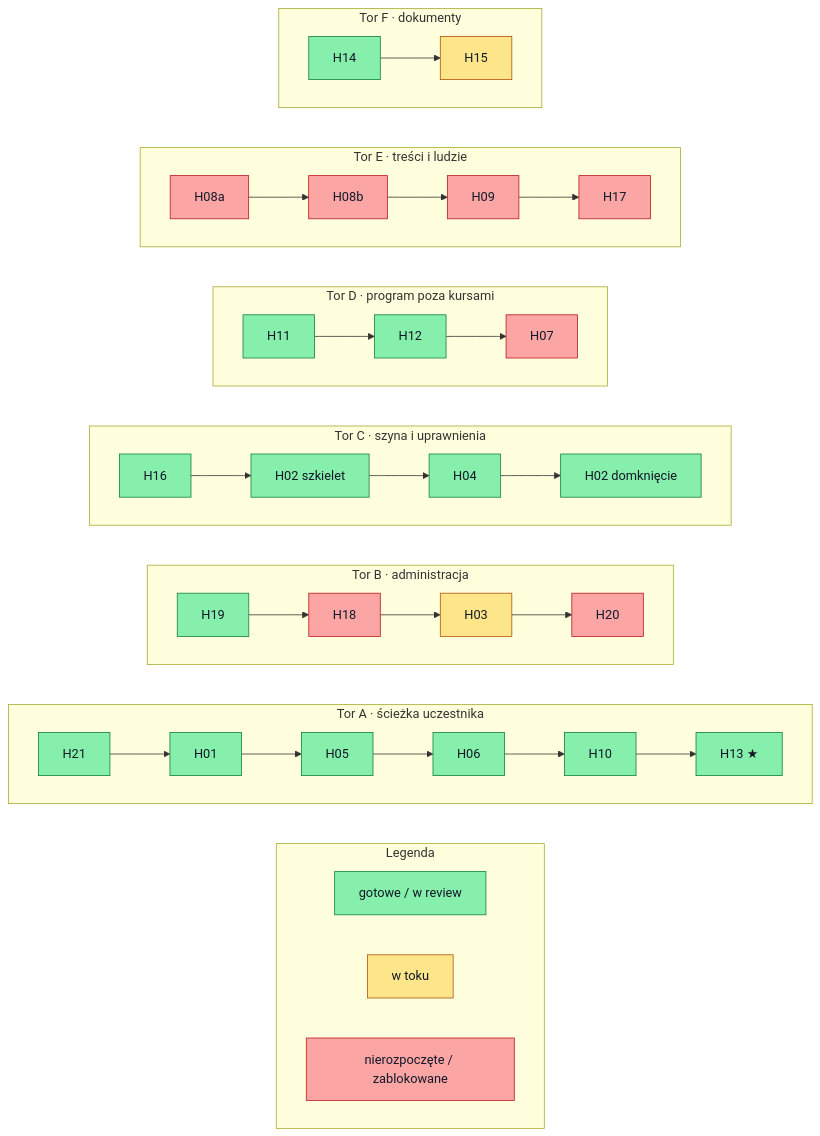
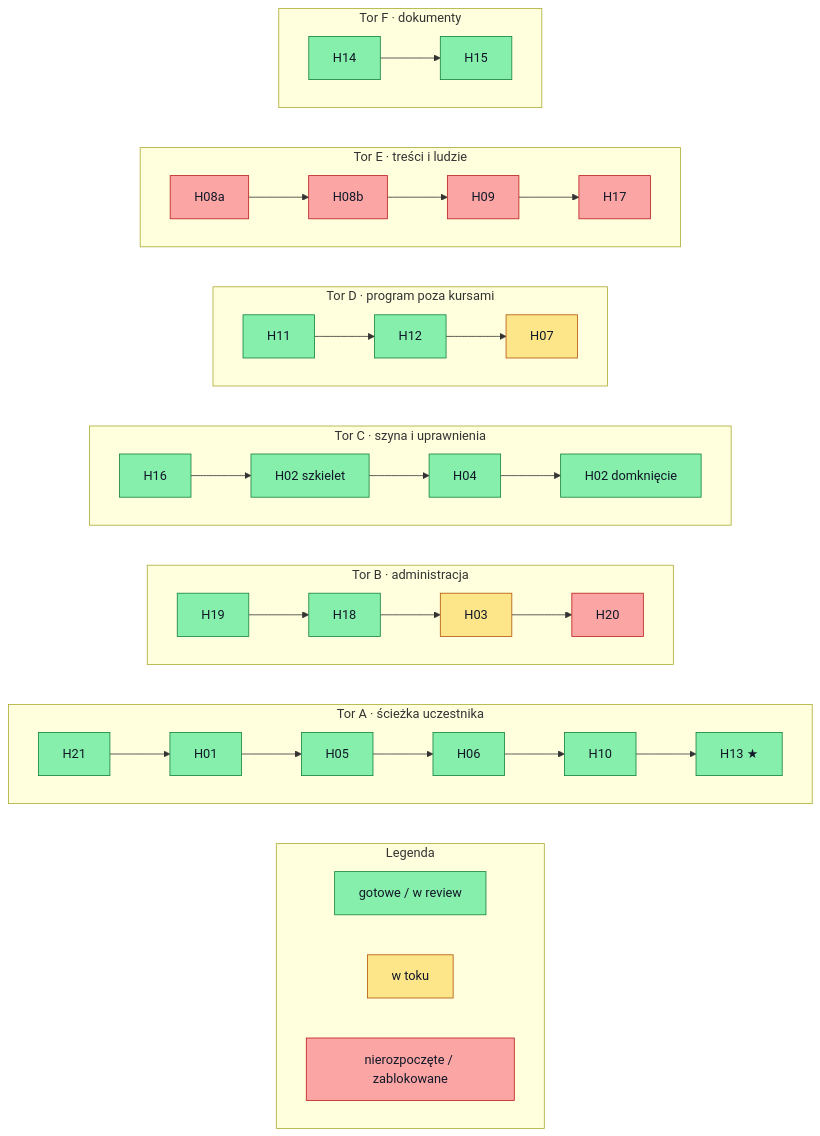
Before and after one commit to tomekwilczak/psychon-hackaton: the fourth of 5 diagrams in docs/hackathon/05-zaleznosci-pakietow.md, drawn with Mermaid. The commit also changed other lines of this file, not shown here.

Commit message:
docs(hackathon): refresh track-diagram status colors
H18 and H15 moved to REVIEW, H07 to W TOKU since the diagram was
last colored — update section 6.1 to match the coordination board.

Claude-Session: https://claude.ai/code/session_01HniybPsaUW4h39Cz6p4Xud

````diff
--- a/docs/hackathon/05-zaleznosci-pakietow.md
+++ b/docs/hackathon/05-zaleznosci-pakietow.md
@@ -227,37 +227,37 @@
 ```mermaid
 flowchart LR
   classDef done fill:#86efac,stroke:#15803d,color:#111827
   classDef wip fill:#fde68a,stroke:#b45309,color:#111827
   classDef todo fill:#fca5a5,stroke:#b91c1c,color:#111827
 
   subgraph LG["Legenda"]
     direction LR
     L1["gotowe / w review"]:::done
     L2["w toku"]:::wip
     L3["nierozpoczęte / zablokowane"]:::todo
   end
   subgraph TA["Tor A · ścieżka uczestnika"]
     direction LR
     A0["H21"]:::done --> A1["H01"]:::done --> A2["H05"]:::done --> A3["H06"]:::done --> A4["H10"]:::done --> A5["H13 ★"]:::done
   end
   subgraph TB["Tor B · administracja"]
     direction LR
-    B0["H19"]:::done --> B1["H18"]:::todo --> B2["H03"]:::wip --> B3["H20"]:::todo
+    B0["H19"]:::done --> B1["H18"]:::done --> B2["H03"]:::wip --> B3["H20"]:::todo
   end
   subgraph TC["Tor C · szyna i uprawnienia"]
     direction LR
     C0["H16"]:::done --> C1["H02 szkielet"]:::done --> C2["H04"]:::done --> C3["H02 domknięcie"]:::done
   end
   subgraph TD["Tor D · program poza kursami"]
     direction LR
-    D0["H11"]:::done --> D1["H12"]:::done --> D2["H07"]:::todo
+    D0["H11"]:::done --> D1["H12"]:::done --> D2["H07"]:::wip
   end
   subgraph TE["Tor E · treści i ludzie"]
     direction LR
     E0["H08a"]:::todo --> E1["H08b"]:::todo --> E2["H09"]:::todo --> E3["H17"]:::todo
   end
   subgraph TF["Tor F · dokumenty"]
     direction LR
-    F0["H14"]:::done --> F1["H15"]:::wip
+    F0["H14"]:::done --> F1["H15"]:::done
   end
 ```
````
